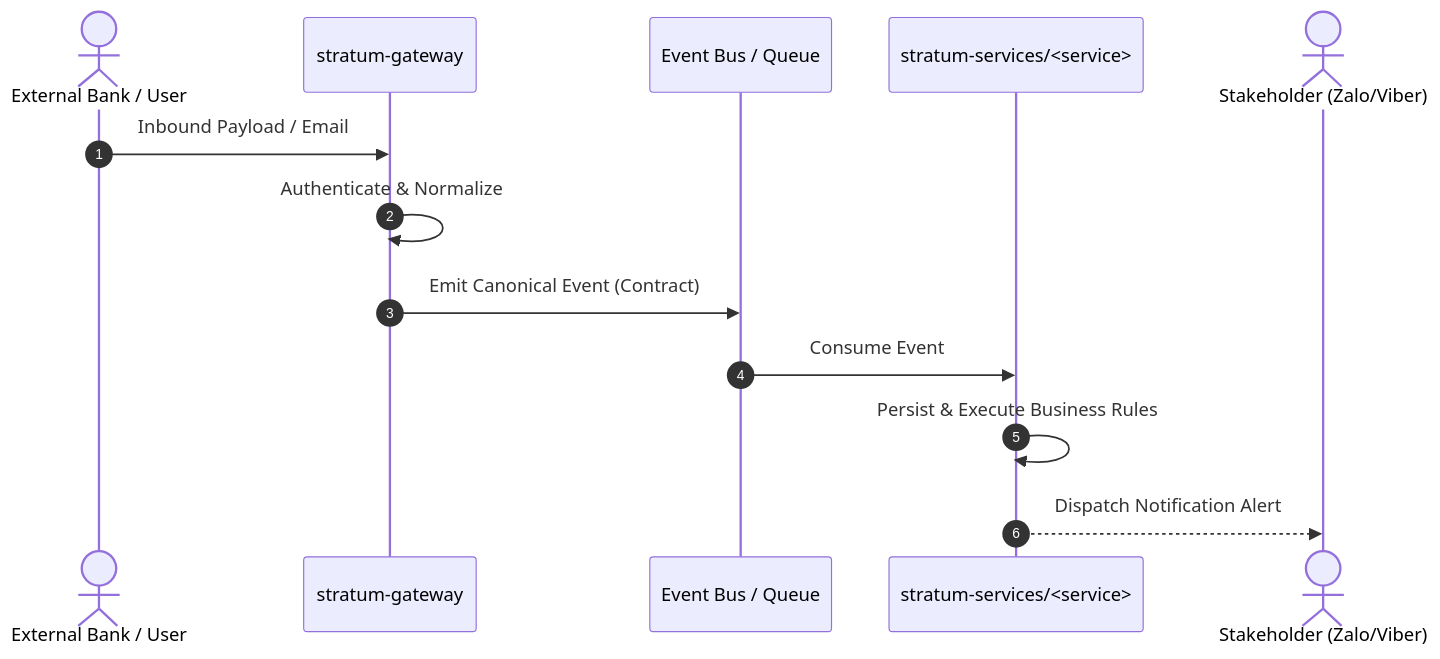
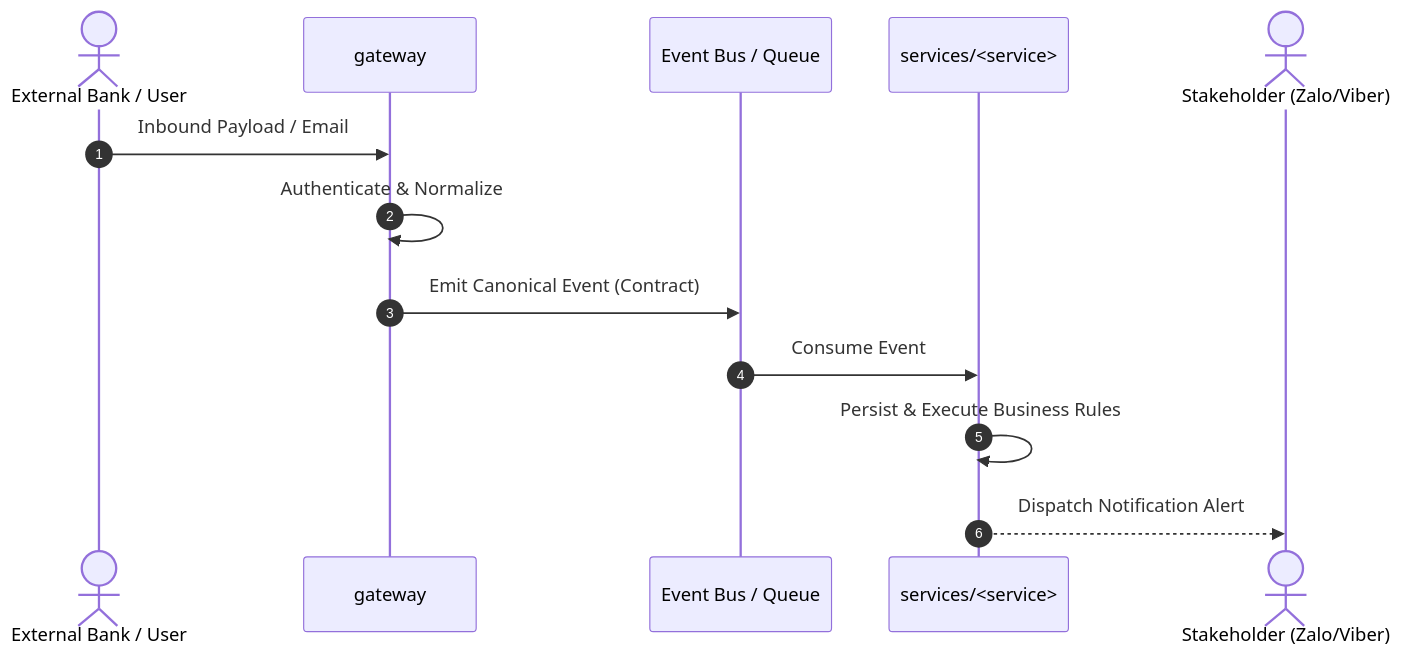
The diagram in templates/flow.md (sonnormal/stratum-meta), drawn with Mermaid before and after one commit. The commit also changed other lines of this file and 21 other files, not shown here.

````diff
--- a/templates/flow.md
+++ b/templates/flow.md
@@ -19,16 +19,16 @@
 ```mermaid
 sequenceDiagram
     autonumber
     actor Bank as External Bank / User
-    participant Gateway as stratum-gateway
+    participant Gateway as gateway
     participant Bus as Event Bus / Queue
-    participant Service as stratum-services/<service>
+    participant Service as services/<service>
     actor User as Stakeholder (Zalo/Viber)
 
     Bank->>Gateway: Inbound Payload / Email
     Gateway->>Gateway: Authenticate & Normalize
     Gateway->>Bus: Emit Canonical Event (Contract)
     Bus->>Service: Consume Event
     Service->>Service: Persist & Execute Business Rules
     Service-->>User: Dispatch Notification Alert
 ```
````
